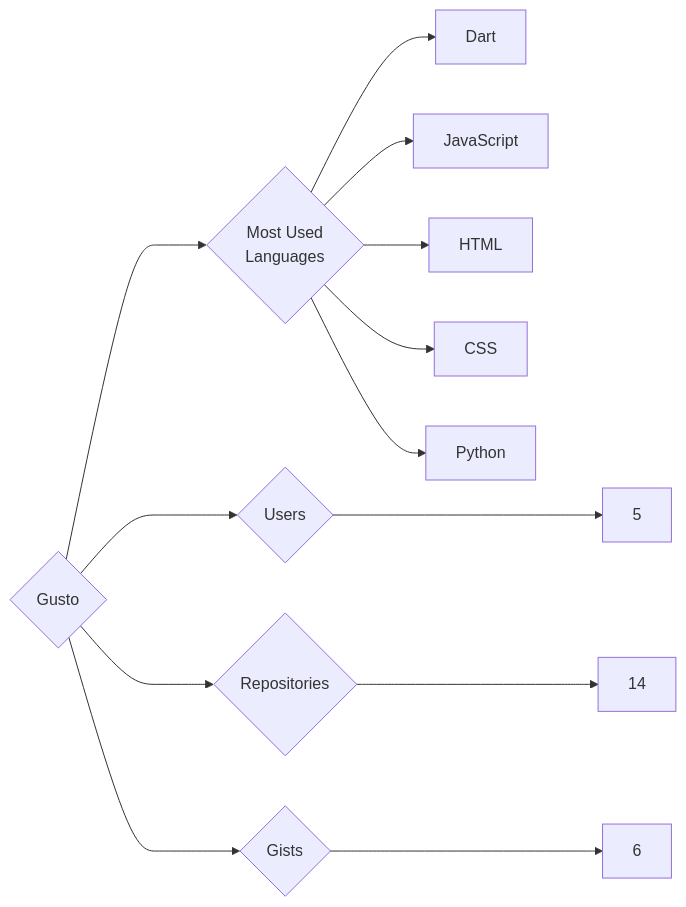
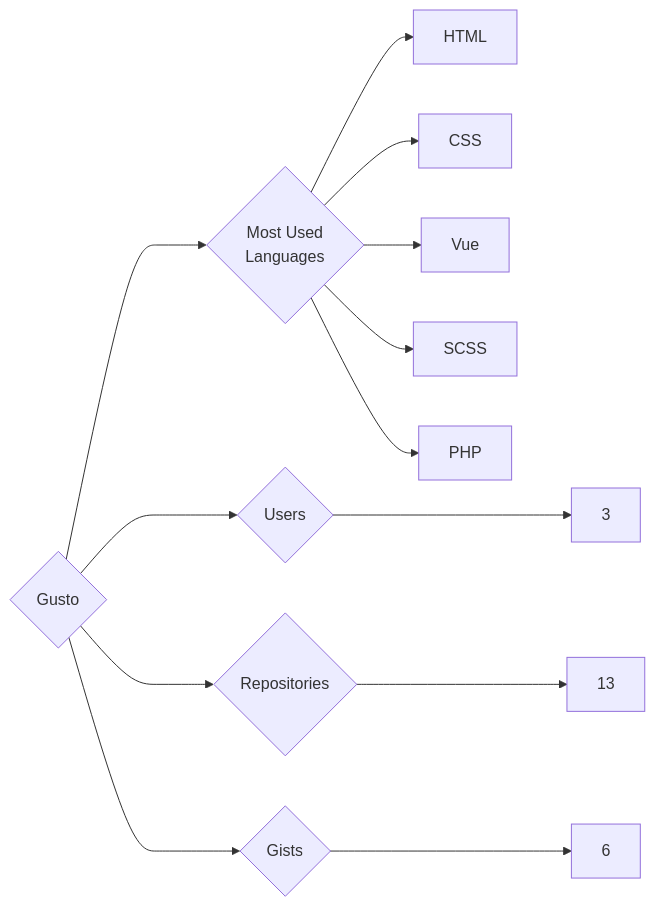
One commit to trickest/insiders changed the diagram in targets/Gusto/README.md. Above: the diagram before and after it, drawn with Mermaid. The commit also changed 1092 other files, not shown here.

````diff
--- a/targets/Gusto/README.md
+++ b/targets/Gusto/README.md
@@ -3,13 +3,13 @@
 ```mermaid
 graph LR
 COMPANY_NAME{Gusto}
-COMPANY_NAME ---> U{Users} ---> UN[5]
-COMPANY_NAME ---> R{Repositories} ---> RN[14]
+COMPANY_NAME ---> U{Users} ---> UN[3]
+COMPANY_NAME ---> R{Repositories} ---> RN[13]
 COMPANY_NAME ---> G{Gists} ---> GN[6]
 COMPANY_NAME ---> ML{Most Used<br>Languages}
-ML --> Dart[Dart]
-ML --> JavaScript[JavaScript]
 ML --> HTML[HTML]
 ML --> CSS[CSS]
-ML --> Python[Python]
+ML --> Vue[Vue]
+ML --> SCSS[SCSS]
+ML --> PHP[PHP]
 ```
````
